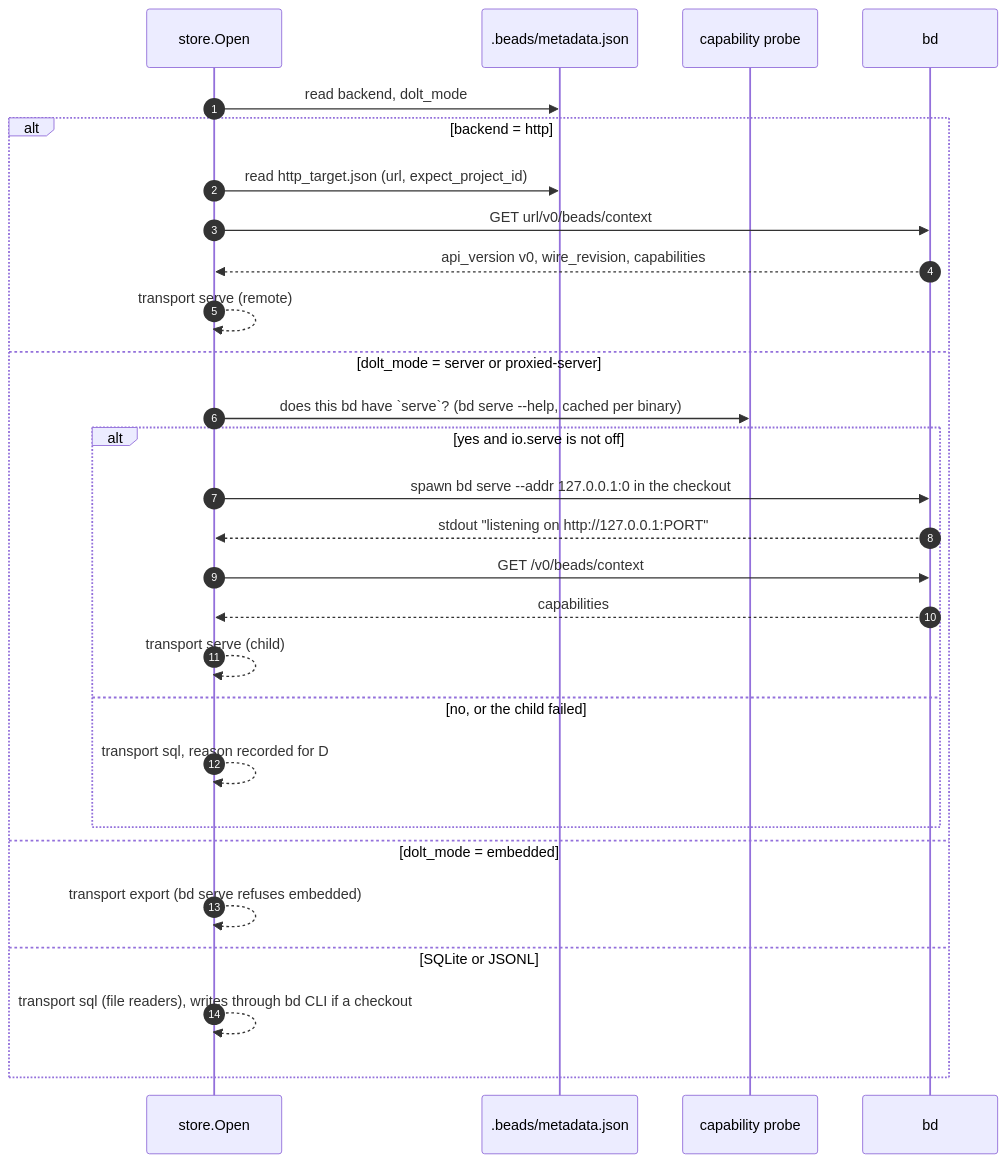
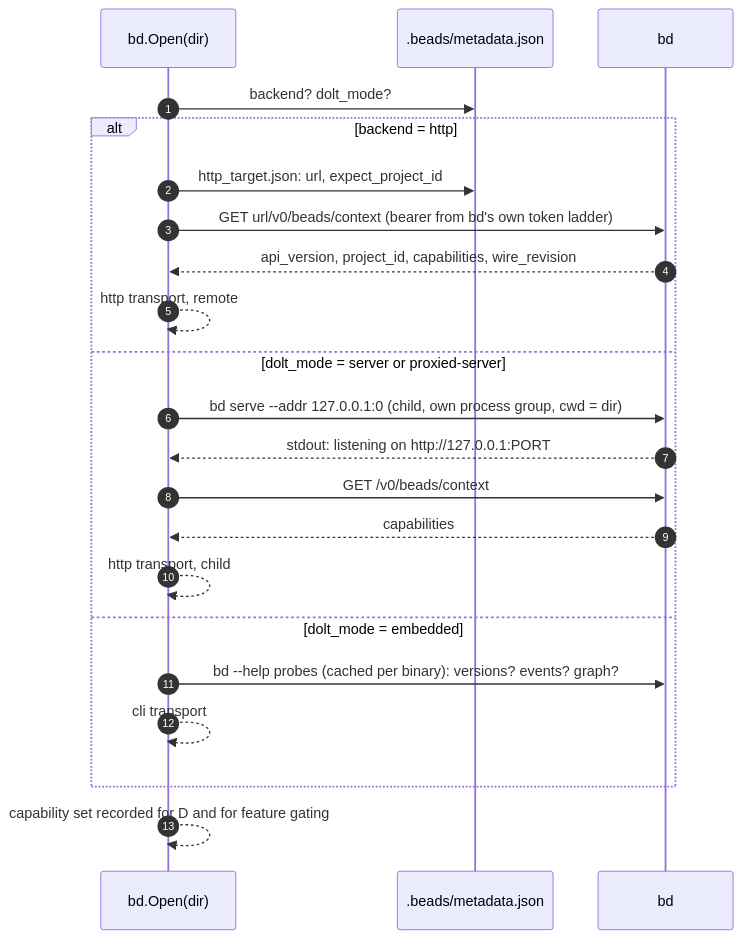
The second of 8 diagrams in docs/plans/2026-10-14-data-io-target-state.md (vanderheijden86/b9s), drawn with Mermaid before and after one commit. The commit also changed other lines of this file, not shown here.

First line of the commit message:
docs(plans): redesign the data IO target state around bd's client doors

````diff
--- a/docs/plans/2026-10-14-data-io-target-state.md
+++ b/docs/plans/2026-10-14-data-io-target-state.md
@@ -129,30 +123,24 @@
 ```mermaid
 sequenceDiagram
     autonumber
-    participant O as store.Open
+    participant O as bd.Open(dir)
     participant M as .beads/metadata.json
-    participant P as capability probe
     participant BD as bd
-    O->>M: read backend, dolt_mode
+    O->>M: backend? dolt_mode?
     alt backend = http
-        O->>M: read http_target.json (url, expect_project_id)
-        O->>BD: GET url/v0/beads/context
-        BD-->>O: api_version v0, wire_revision, capabilities
-        O-->>O: transport serve (remote)
+        O->>M: http_target.json: url, expect_project_id
+        O->>BD: GET url/v0/beads/context (bearer from bd's own token ladder)
+        BD-->>O: api_version, project_id, capabilities, wire_revision
+        O-->>O: http transport, remote
     else dolt_mode = server or proxied-server
-        O->>P: does this bd have `serve`? (bd serve --help, cached per binary)
-        alt yes and io.serve is not off
-            O->>BD: spawn bd serve --addr 127.0.0.1:0 in the checkout
-            BD-->>O: stdout "listening on http://127.0.0.1:PORT"
-            O->>BD: GET /v0/beads/context
-            BD-->>O: capabilities
-            O-->>O: transport serve (child)
-        else no, or the child failed
-            O-->>O: transport sql, reason recorded for D
-        end
+        O->>BD: bd serve --addr 127.0.0.1:0 (child, own process group, cwd = dir)
+        BD-->>O: stdout: listening on http://127.0.0.1:PORT
+        O->>BD: GET /v0/beads/context
+        BD-->>O: capabilities
+        O-->>O: http transport, child
     else dolt_mode = embedded
-        O-->>O: transport export (bd serve refuses embedded)
-    else SQLite or JSONL
-        O-->>O: transport sql (file readers), writes through bd CLI if a checkout
+        O->>BD: bd --help probes (cached per binary): versions? events? graph?
+        O-->>O: cli transport
     end
+    O-->>O: capability set recorded for D and for feature gating
 ```
````
